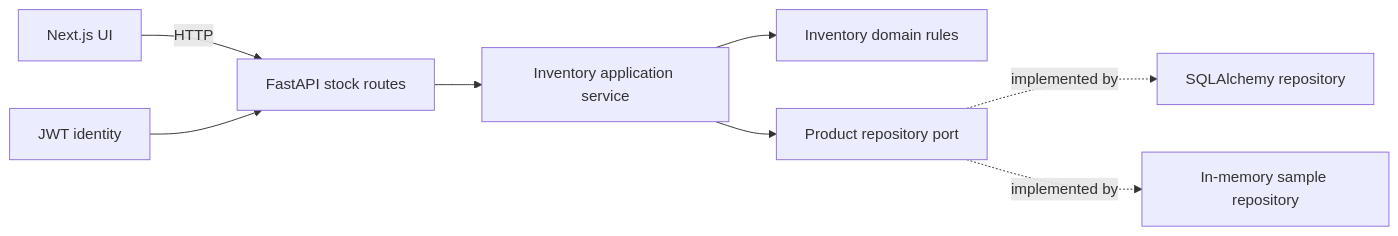
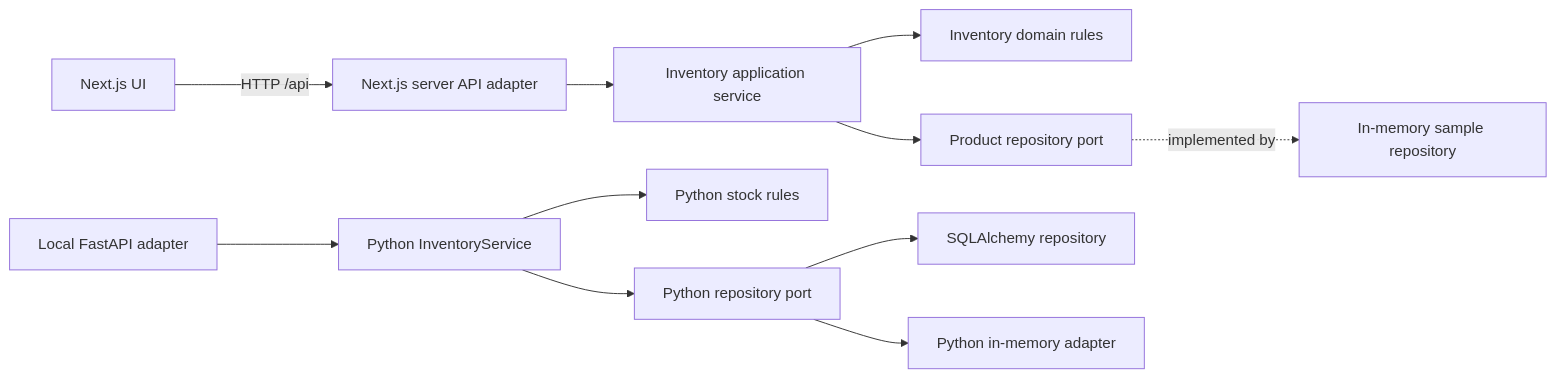
Before and after one commit to nachopalmeri/FranquiYA: the diagram in franquiYA/README.md, drawn with Mermaid. The commit also changed other lines of this file and 5 other files, not shown here.

````diff
--- a/franquiYA/README.md
+++ b/franquiYA/README.md
@@ -16,10 +16,13 @@
 ```mermaid
 flowchart LR
-  UI[Next.js UI] -->|HTTP| API[FastAPI stock routes]
+  UI[Next.js UI] -->|HTTP /api| API[Next.js server API adapter]
   API --> APP[Inventory application service]
   APP --> DOMAIN[Inventory domain rules]
   APP --> PORT[Product repository port]
-  PORT -. implemented by .-> SQL[SQLAlchemy repository]
   PORT -. implemented by .-> DEMO[In-memory sample repository]
-  AUTH[JWT identity] --> API
+  LOCAL[Local FastAPI adapter] --> PYAPP[Python InventoryService]
+  PYAPP --> PYDOMAIN[Python stock rules]
+  PYAPP --> PYPORT[Python repository port]
+  PYPORT --> SQL[SQLAlchemy repository]
+  PYPORT --> PYDEMO[Python in-memory adapter]
 ```
````
